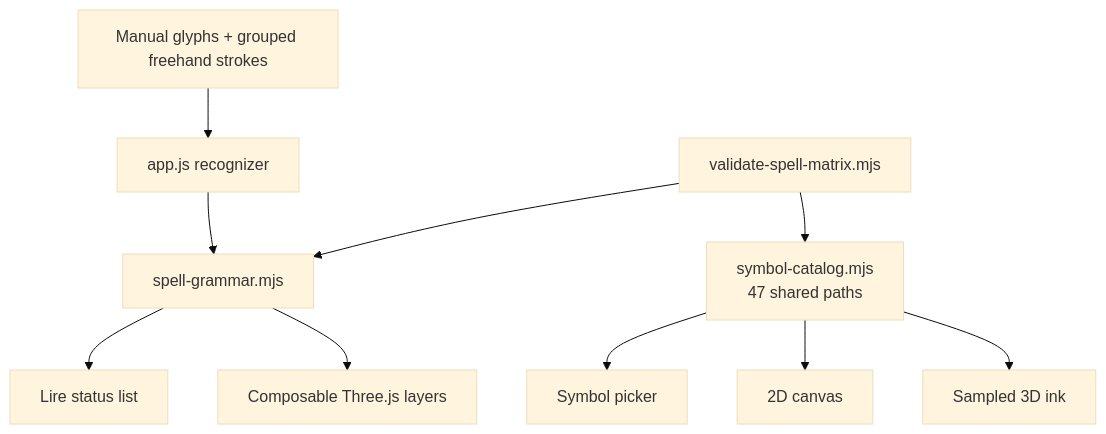
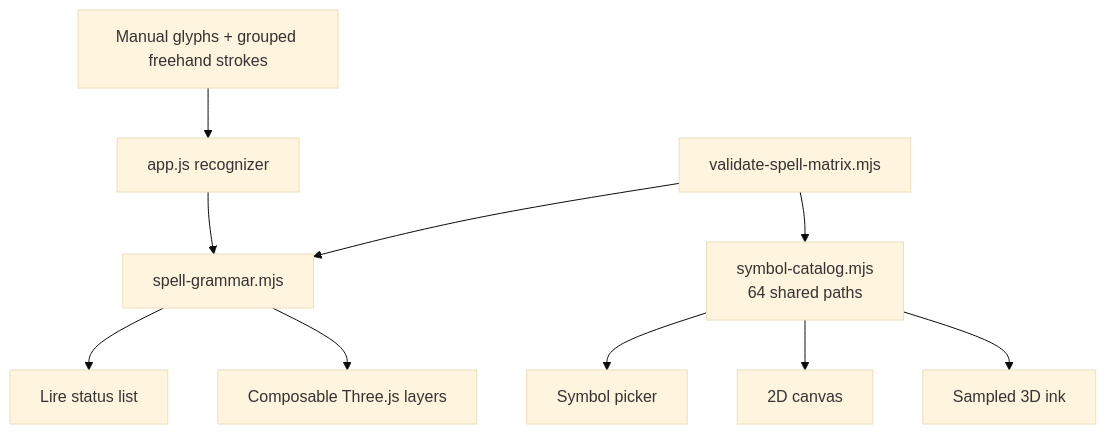
Before and after one commit to NH1980MG/witch-hat-atelier-spell-simulator: the second of 2 diagrams in docs/architecture.md, drawn with Mermaid (base theme). The commit also changed other lines of this file and 7 other files, not shown here.

````diff
--- a/docs/architecture.md
+++ b/docs/architecture.md
@@ -65,12 +65,12 @@
 ```mermaid
 flowchart TD
-  Catalog["symbol-catalog.mjs\n47 shared paths"] --> Picker["Symbol picker"]
+  Catalog["symbol-catalog.mjs\n64 shared paths"] --> Picker["Symbol picker"]
   Catalog --> Canvas["2D canvas"]
   Catalog --> Ink3D["Sampled 3D ink"]
   Input["Manual glyphs + grouped freehand strokes"] --> App["app.js recognizer"]
   App --> Grammar["spell-grammar.mjs"]
   Grammar --> Read["Lire status list"]
   Grammar --> Effects["Composable Three.js layers"]
   Validator["validate-spell-matrix.mjs"] --> Catalog
   Validator --> Grammar
 ```
````
